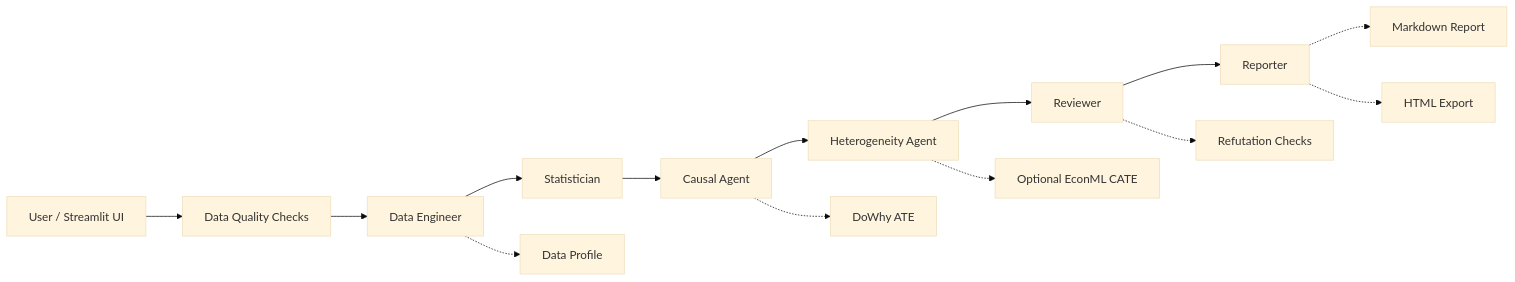
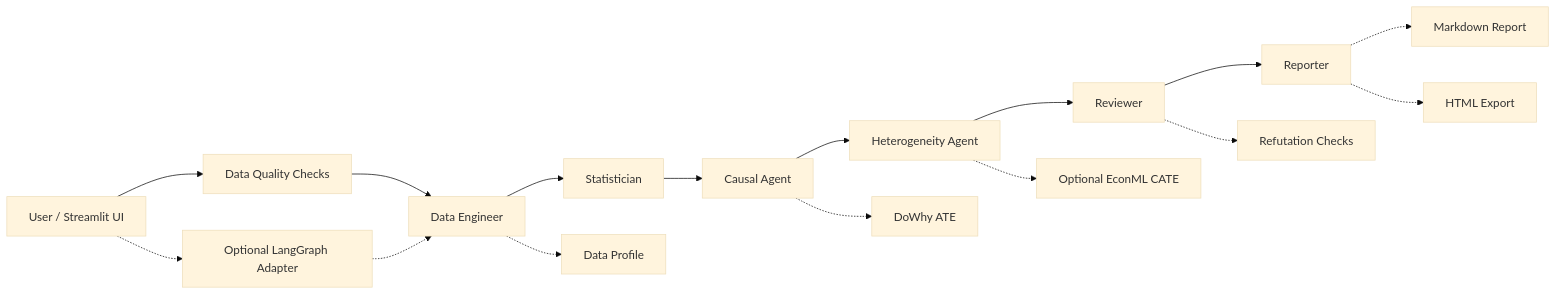
One commit to Roboute-ex/multi-agent-causal-analytics changed the diagram in README.md. Above: the diagram before and after it, drawn with Mermaid (base theme). The commit also changed other lines of this file and 8 other files, not shown here.

Commit message:
feat: add optional LangGraph orchestration adapter

````diff
--- a/README.md
+++ b/README.md
@@ -49,17 +62,19 @@
 ```mermaid
 flowchart LR
     User["User / Streamlit UI"] --> Quality["Data Quality Checks"]
     Quality --> Data["Data Engineer"]
+    User -.-> Graph["Optional LangGraph Adapter"]
+    Graph -.-> Data
     Data --> Stat["Statistician"]
     Stat --> Causal["Causal Agent"]
     Causal --> Hetero["Heterogeneity Agent"]
     Hetero --> Review["Reviewer"]
     Review --> Report["Reporter"]
 
     Data -.-> Profile["Data Profile"]
     Causal -.-> ATE["DoWhy ATE"]
     Hetero -.-> CATE["Optional EconML CATE"]
     Review -.-> Refute["Refutation Checks"]
     Report -.-> Markdown["Markdown Report"]
     Report -.-> HTML["HTML Export"]
 ```
````
